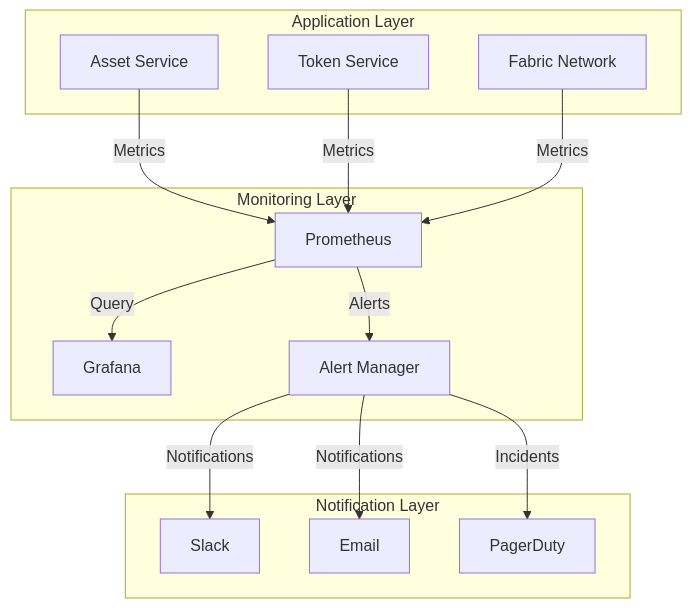
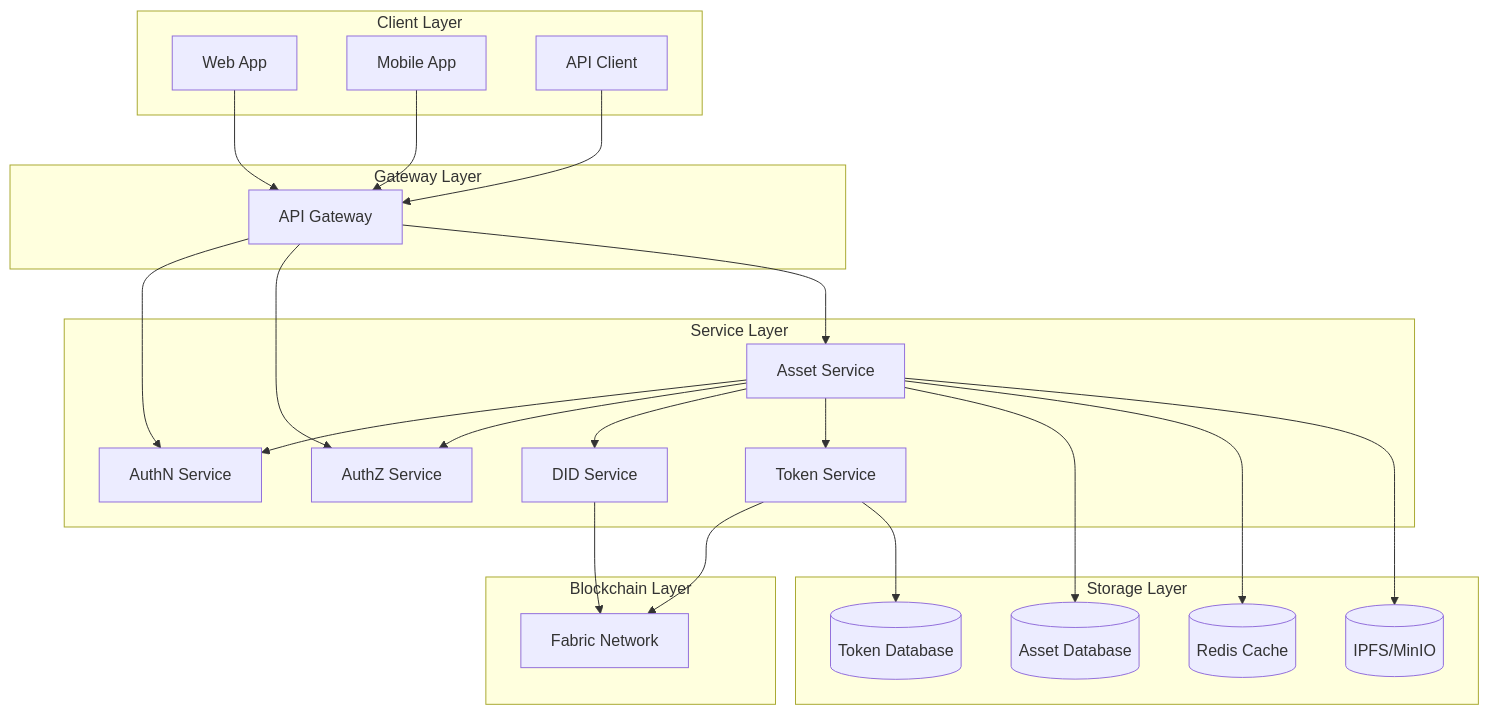
The second of 2 diagrams in docs/rd.en.md (metafi-blockchain/metafi-digital-assets-service), drawn with Mermaid before and after one commit. The commit also changed other lines of this file, not shown here.

````diff
--- a/docs/rd.en.md
+++ b/docs/rd.en.md
@@ -863,31 +84,53 @@
 ```mermaid
 graph TD
-    subgraph "Application Layer"
+    subgraph "Client Layer"
+        Web[Web App]
+        Mobile[Mobile App]
+        API[API Client]
+    end
+
+    subgraph "Gateway Layer"
+        Gateway[API Gateway]
+    end
+
+    subgraph "Service Layer"
+        AuthN[AuthN Service]
+        AuthZ[AuthZ Service]
+        DID[DID Service]
         Asset[Asset Service]
         Token[Token Service]
+    end
+
+    subgraph "Blockchain Layer"
         Fabric[Fabric Network]
     end
-    
-    subgraph "Monitoring Layer"
-        Prometheus[Prometheus]
-        Grafana[Grafana]
-        AlertManager[Alert Manager]
+
+    subgraph "Storage Layer"
+        AssetDB[(Asset Database)]
+        TokenDB[(Token Database)]
+        Cache[(Redis Cache)]
+        Storage[(IPFS/MinIO)]
     end
-    
-    subgraph "Notification Layer"
-        Slack[Slack]
-        Email[Email]
-        PagerDuty[PagerDuty]
-    end
-    
-    Asset -->|Metrics| Prometheus
-    Token -->|Metrics| Prometheus
-    Fabric -->|Metrics| Prometheus
-    
-    Prometheus -->|Query| Grafana
-    Prometheus -->|Alerts| AlertManager
-    
-    AlertManager -->|Notifications| Slack
-    AlertManager -->|Notifications| Email
-    AlertManager -->|Incidents| PagerDuty
+
+    Web --> Gateway
+    Mobile --> Gateway
+    API --> Gateway
+
+    Gateway --> AuthN
+    Gateway --> AuthZ
+    Gateway --> Asset
+
+    Asset --> AuthN
+    Asset --> AuthZ
+    Asset --> DID
+    Asset --> Token
+
+    Token --> Fabric
+    DID --> Fabric
+
+    Asset --> AssetDB
+    Asset --> Cache
+    Asset --> Storage
+
+    Token --> TokenDB
 ```
````
